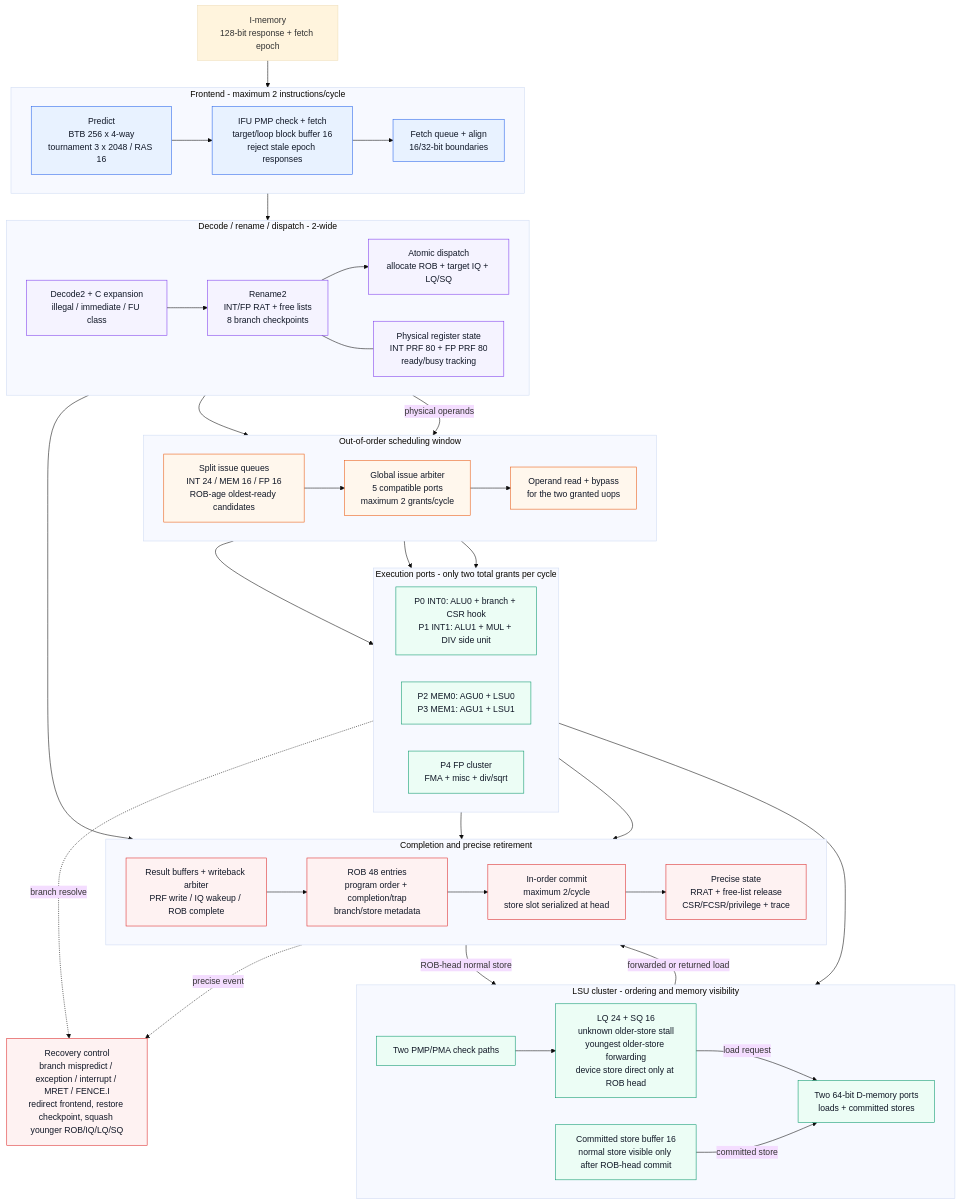
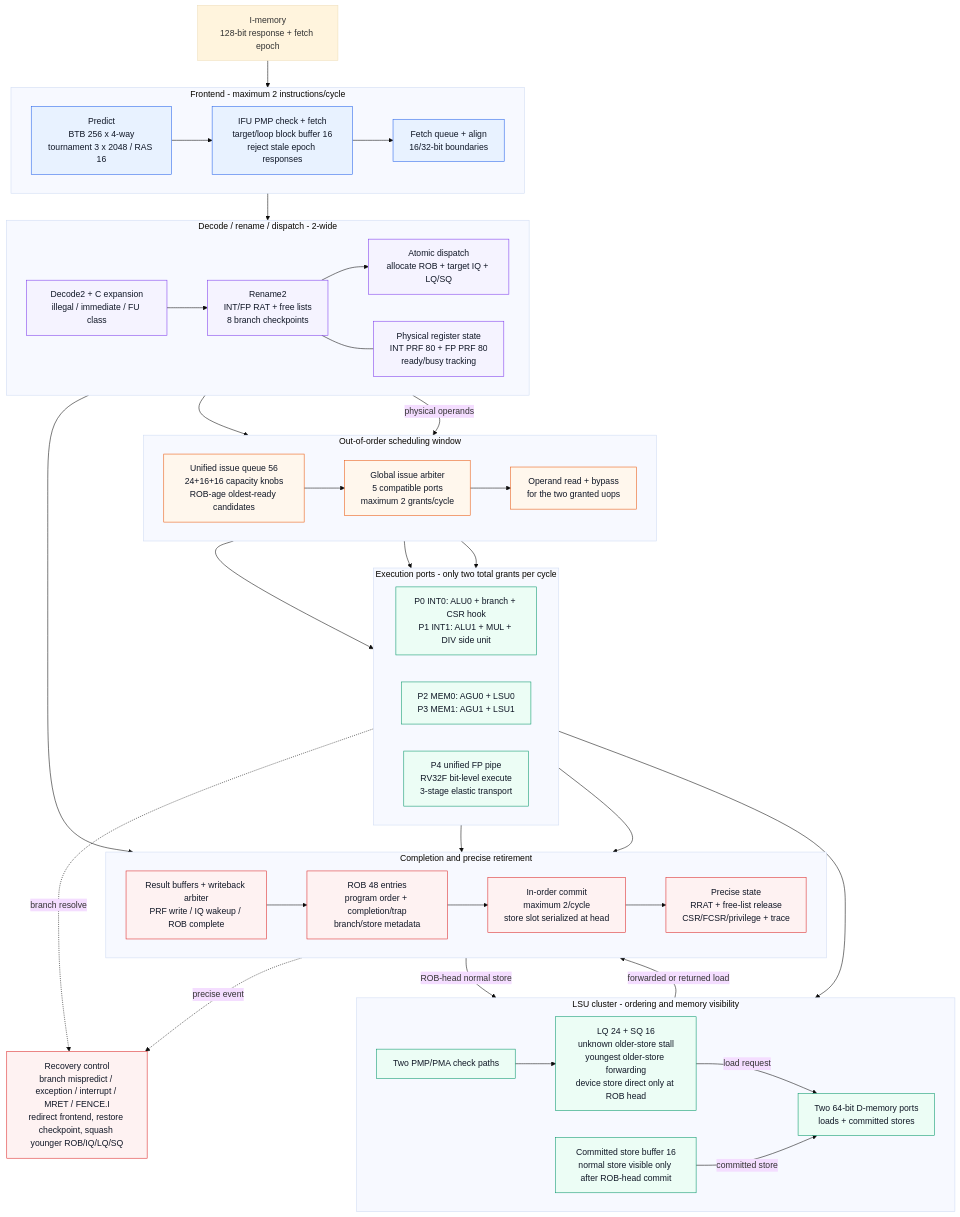
Before and after one commit to mhcp0000-jpg/core_from_home: the first of 2 diagrams in docs/HDD_Core_Architecture.md, drawn with Mermaid (base theme). The commit also changed other lines of this file and 5 other files, not shown here.

```diff
--- a/docs/HDD_Core_Architecture.md
+++ b/docs/HDD_Core_Architecture.md
@@ -165,7 +167,7 @@
 
     subgraph WINDOW["Out-of-order scheduling window"]
       direction LR
-      IQ["Split issue queues<br/>INT 24 / MEM 16 / FP 16<br/>ROB-age oldest-ready candidates"]
+      IQ["Unified issue queue 56<br/>24+16+16 capacity knobs<br/>ROB-age oldest-ready candidates"]
       ARB["Global issue arbiter<br/>5 compatible ports<br/>maximum 2 grants/cycle"]
       OPR["Operand read + bypass<br/>for the two granted uops"]
       IQ --> ARB --> OPR
@@ -175,7 +177,7 @@
       direction LR
       INTEX["P0 INT0: ALU0 + branch + CSR hook<br/>P1 INT1: ALU1 + MUL + DIV side unit"]
       MEMEX["P2 MEM0: AGU0 + LSU0<br/>P3 MEM1: AGU1 + LSU1"]
-      FPEX["P4 FP cluster<br/>FMA + misc + div/sqrt"]
+      FPEX["P4 unified FP pipe<br/>RV32F bit-level execute<br/>3-stage elastic transport"]
     end
 
     subgraph MEM["LSU cluster - ordering and memory visibility"]
```
